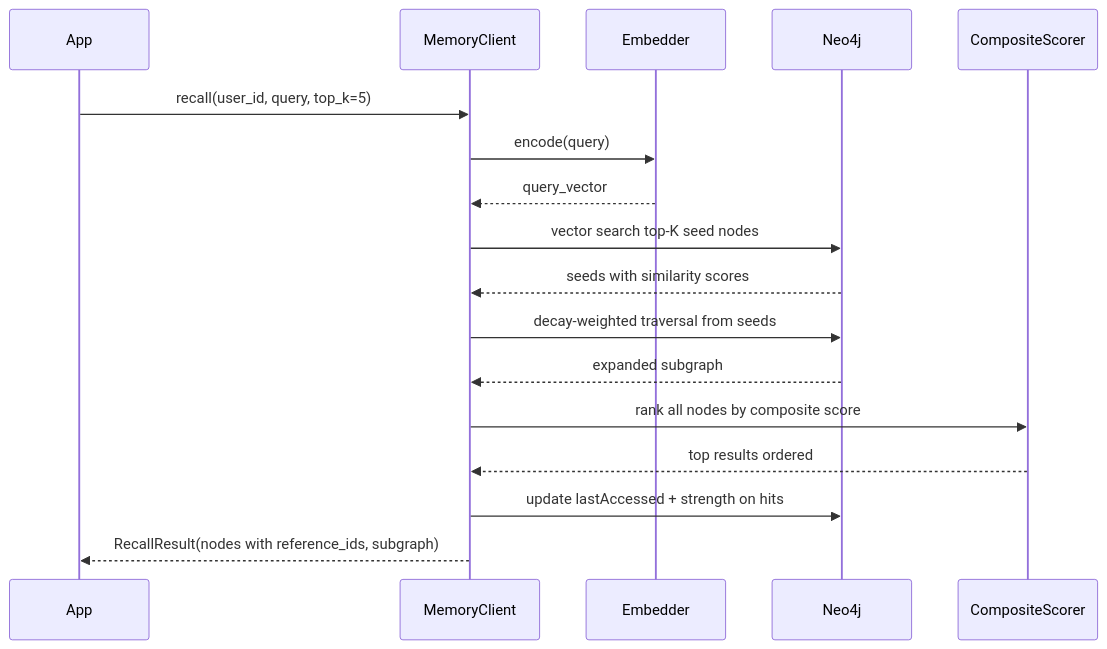
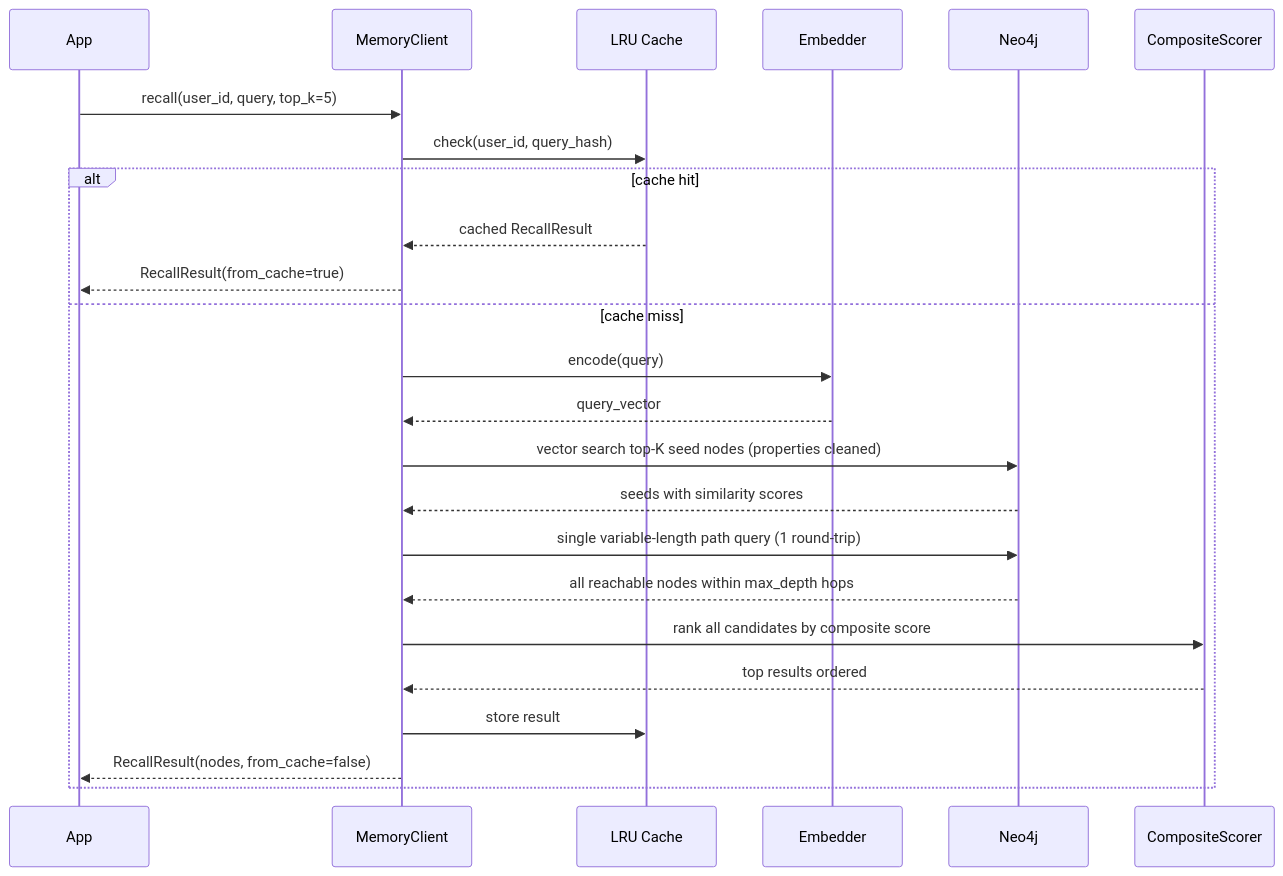
Before and after one commit to hackdavid/engram-memory: the third of 3 diagrams in docs/overview.md, drawn with Mermaid. The commit also changed other lines of this file and 22 other files, not shown here.

````diff
--- a/docs/overview.md
+++ b/docs/overview.md
@@ -177,20 +180,27 @@
 ```mermaid
 sequenceDiagram
     participant App
     participant Client as MemoryClient
+    participant Cache as LRU Cache
     participant Emb as Embedder
     participant Graph as Neo4j
     participant Scorer as CompositeScorer
 
     App->>Client: recall(user_id, query, top_k=5)
-    Client->>Emb: encode(query)
-    Emb-->>Client: query_vector
-    Client->>Graph: vector search top-K seed nodes
-    Graph-->>Client: seeds with similarity scores
-    Client->>Graph: decay-weighted traversal from seeds
-    Graph-->>Client: expanded subgraph
-    Client->>Scorer: rank all nodes by composite score
-    Scorer-->>Client: top results ordered
-    Client->>Graph: update lastAccessed + strength on hits
-    Client-->>App: RecallResult(nodes with reference_ids, subgraph)
+    Client->>Cache: check(user_id, query_hash)
+    alt cache hit
+        Cache-->>Client: cached RecallResult
+        Client-->>App: RecallResult(from_cache=true)
+    else cache miss
+        Client->>Emb: encode(query)
+        Emb-->>Client: query_vector
+        Client->>Graph: vector search top-K seed nodes (properties cleaned)
+        Graph-->>Client: seeds with similarity scores
+        Client->>Graph: single variable-length path query (1 round-trip)
+        Graph-->>Client: all reachable nodes within max_depth hops
+        Client->>Scorer: rank all candidates by composite score
+        Scorer-->>Client: top results ordered
+        Client->>Cache: store result
+        Client-->>App: RecallResult(nodes, from_cache=false)
+    end
 ```
````
